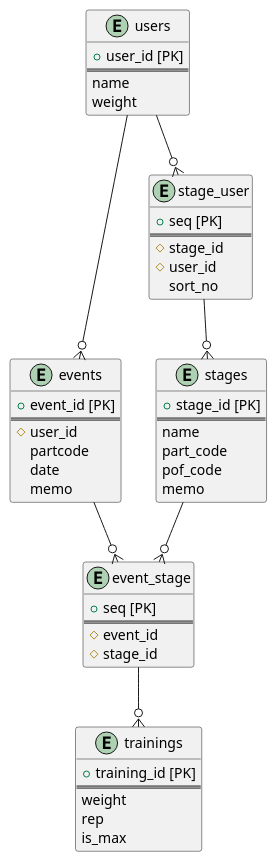
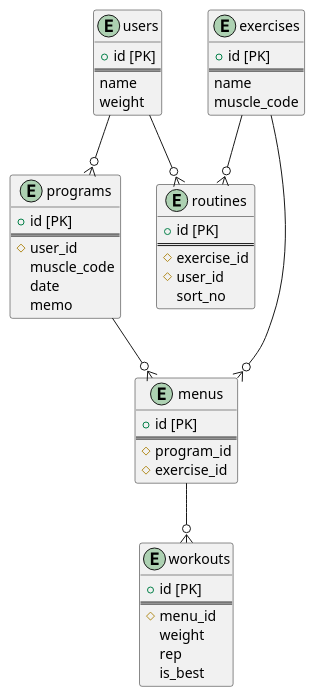
The diagram in er.puml (shlia34/MyTraining), drawn with PlantUML before and after one commit. The commit also changed 7 other files, not shown here.

```diff
--- a/er.puml
+++ b/er.puml
@@ -1,62 +1,59 @@
 @startuml
 entity "users" {
-    + user_id [PK]
+    + id [PK]
     ==
     name
     weight
 }
 
 
-
-entity "events" {
-    + event_id [PK]
+entity "programs" {
+    + id [PK]
     ==
     #user_id
-    partcode
+    muscle_code
     date
     memo
 }
 
-
-
-entity "event_stage" {
-    + seq [PK]
+entity "menus" {
+    + id [PK]
     ==
-    #event_id
-    #stage_id
+    #program_id
+    #exercise_id
 }
 
-entity "trainings" {
-    + training_id [PK]
+entity "routines" {
+    + id [PK]
     ==
-    weight
-    rep
-    is_max
-}
-
-entity "stage_user" {
-    + seq [PK]
-    ==
-    #stage_id
+    #exercise_id
     #user_id
     sort_no
 }
 
-
-entity "stages" {
-    + stage_id [PK]
+entity "exercises" {
+    + id [PK]
     ==
     name
-    part_code
-    pof_code
-    memo
+    muscle_code
 }
 
+entity "workouts" {
+    + id [PK]
+    ==
+    #menu_id
+    weight
+    rep
+    is_best
+}
 
-users --o{ events
-events --o{ event_stage
-event_stage --o{ trainings
-users --o{ stage_user
-stage_user --o{ stages
-stages --o{ event_stage
+users --o{ programs
+programs --o{ menus
+menus --o{ workouts
+users --o{ routines
+exercises --o{ routines
+exercises --o{ menus
+
+
+
 @enduml
```
